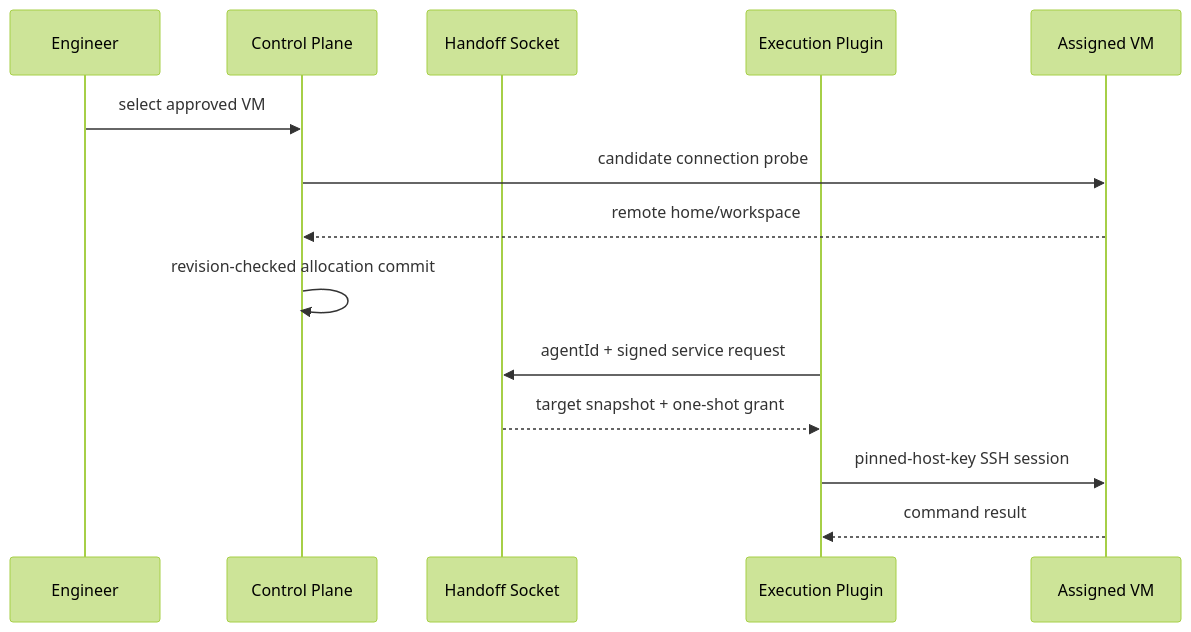
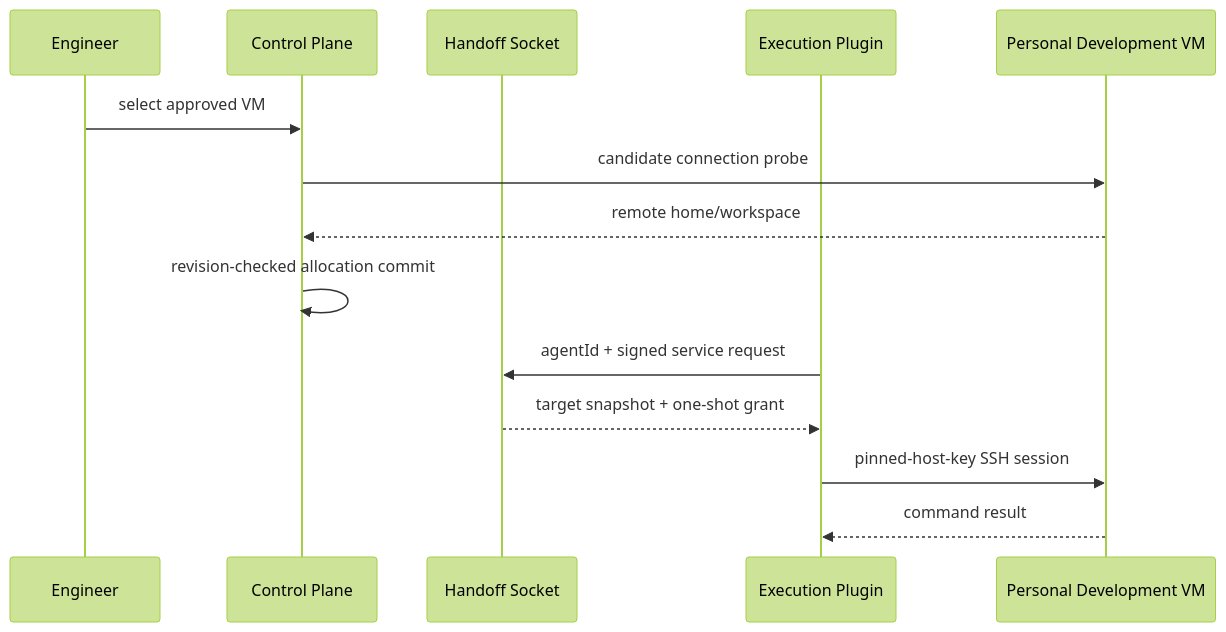
One commit to devSejung/platformclaw changed the fifth of 16 diagrams in ARCHITECTURE.md. Above: the diagram before and after it, drawn with Mermaid (forest theme). The commit also changed other lines of this file and 32 other files, not shown here.

````diff
--- a/ARCHITECTURE.md
+++ b/ARCHITECTURE.md
@@ -101,16 +101,16 @@
 ```mermaid
 sequenceDiagram
   participant U as Engineer
   participant C as Control Plane
   participant H as Handoff Socket
   participant P as Execution Plugin
-  participant V as Assigned VM
+  participant V as Personal Development VM
   U->>C: select approved VM
   C->>V: candidate connection probe
   V-->>C: remote home/workspace
   C->>C: revision-checked allocation commit
   P->>H: agentId + signed service request
   H-->>P: target snapshot + one-shot grant
   P->>V: pinned-host-key SSH session
   V-->>P: command result
 ```
````
